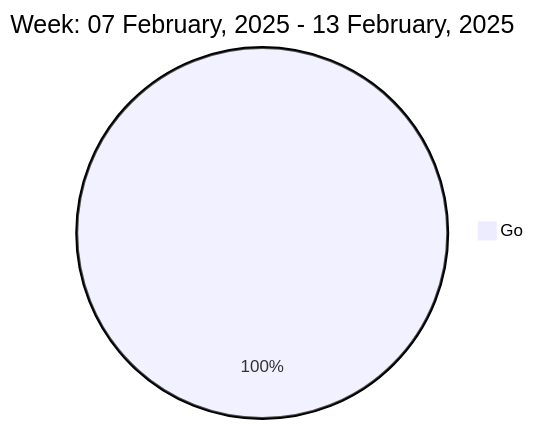
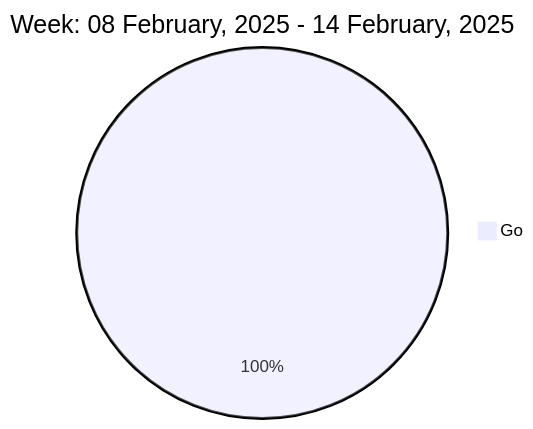
The diagram in README.md (liubin95/liubin95), drawn with Mermaid before and after one commit.

Commit message:
Updated the Graph with new Metrics

````diff
--- a/README.md
+++ b/README.md
@@ -37,5 +37,5 @@
 ```mermaid
  pie
-title Week: 07 February, 2025 - 13 February, 2025
+title Week: 08 February, 2025 - 14 February, 2025
  "Go" : 2.78
 ```
````
